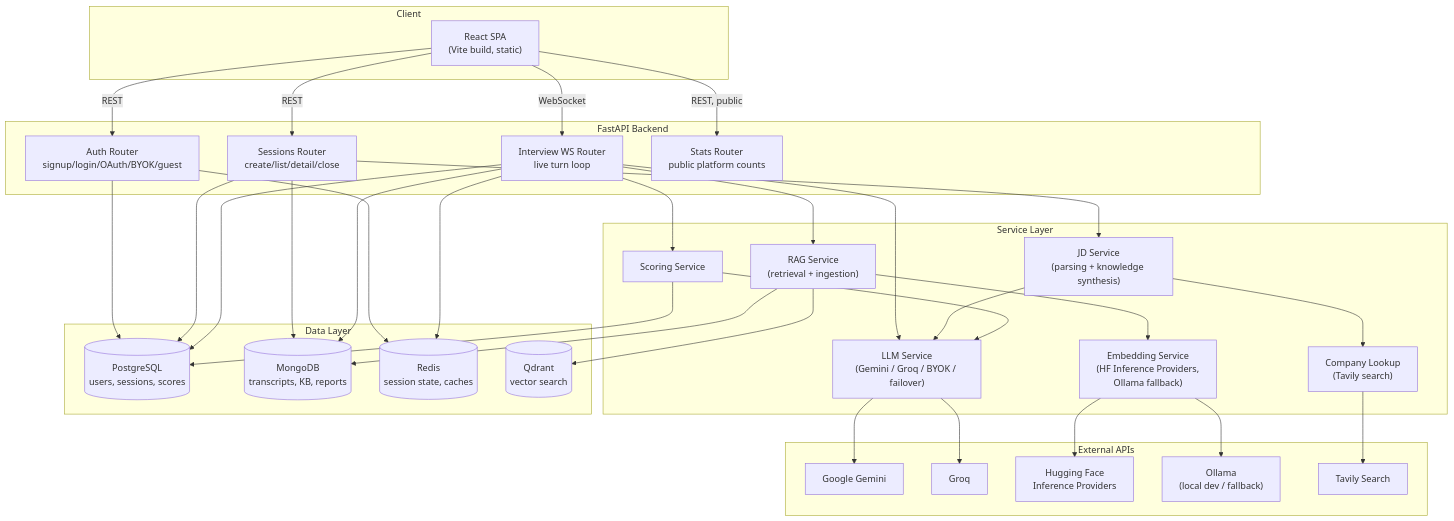
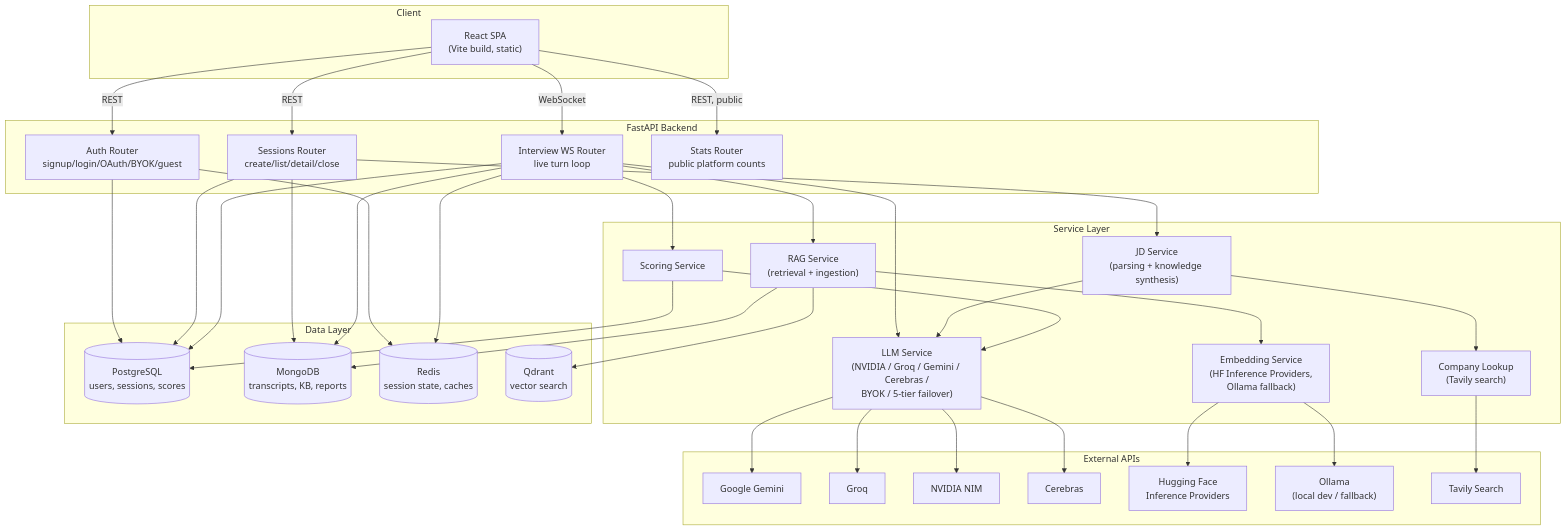
One commit to VMRT-India/interview-bot changed the first of 4 diagrams in docs/HLD.md. Above: the diagram before and after it, drawn with Mermaid. The commit also changed other lines of this file and 2 other files, not shown here.

Commit message:
Document the NVIDIA/Cerebras LLM failover chain across dependency_architecture.md, HLD.md, and README.md

````diff
--- a/docs/HLD.md
+++ b/docs/HLD.md
@@ -13,67 +13,71 @@
 ```mermaid
 graph TB
     subgraph Client
         SPA["React SPA<br/>(Vite build, static)"]
     end
 
     subgraph Backend["FastAPI Backend"]
         AUTH["Auth Router<br/>signup/login/OAuth/BYOK/guest"]
         SESS["Sessions Router<br/>create/list/detail/close"]
         WS["Interview WS Router<br/>live turn loop"]
         STATS["Stats Router<br/>public platform counts"]
     end
 
     subgraph Services["Service Layer"]
-        LLM["LLM Service<br/>(Gemini / Groq / BYOK / failover)"]
+        LLM["LLM Service<br/>(NVIDIA / Groq / Gemini / Cerebras /<br/>BYOK / 5-tier failover)"]
         RAG["RAG Service<br/>(retrieval + ingestion)"]
         JD["JD Service<br/>(parsing + knowledge synthesis)"]
         SCORE["Scoring Service"]
         EMB["Embedding Service<br/>(HF Inference Providers,<br/>Ollama fallback)"]
         LOOKUP["Company Lookup<br/>(Tavily search)"]
     end
 
     subgraph Data["Data Layer"]
         PG[("PostgreSQL<br/>users, sessions, scores")]
         MONGO[("MongoDB<br/>transcripts, KB, reports")]
         REDIS[("Redis<br/>session state, caches")]
         QDRANT[("Qdrant<br/>vector search")]
     end
 
     subgraph External["External APIs"]
         GEMINI["Google Gemini"]
         GROQ["Groq"]
+        NVIDIA["NVIDIA NIM"]
+        CEREBRAS["Cerebras"]
         HF["Hugging Face<br/>Inference Providers"]
         OLLAMA["Ollama<br/>(local dev / fallback)"]
         TAVILY["Tavily Search"]
     end
 
     SPA -->|REST| AUTH
     SPA -->|REST| SESS
     SPA -->|WebSocket| WS
     SPA -->|REST, public| STATS
 
     AUTH --> PG
     AUTH --> REDIS
     SESS --> PG
     SESS --> MONGO
     SESS --> JD
     WS --> PG
     WS --> MONGO
     WS --> REDIS
     WS --> RAG
     WS --> LLM
     WS --> SCORE
 
+    LLM --> NVIDIA
+    LLM --> GROQ
     LLM --> GEMINI
-    LLM --> GROQ
+    LLM --> CEREBRAS
     JD --> LLM
     JD --> LOOKUP
     LOOKUP --> TAVILY
     RAG --> QDRANT
     RAG --> MONGO
     RAG --> EMB
     EMB --> HF
     EMB --> OLLAMA
     SCORE --> PG
     SCORE --> LLM
 ```
````
